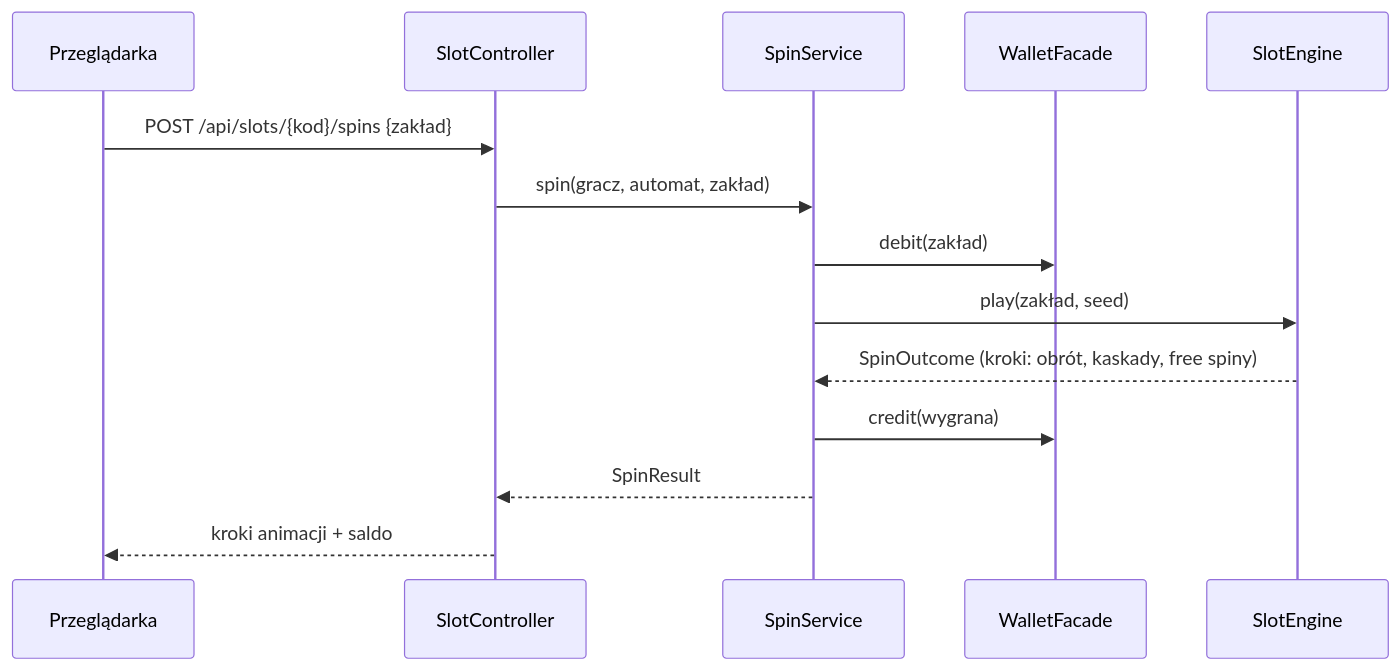
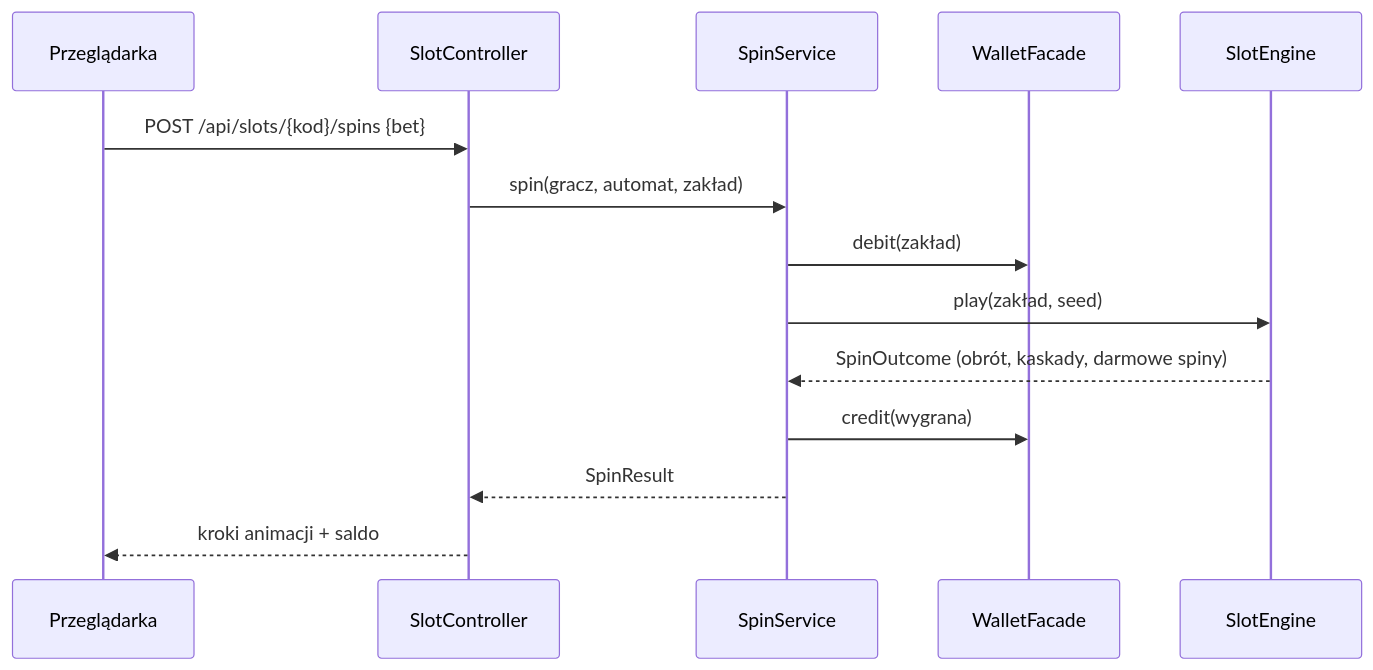
One commit to CasinoPlayer/Symulator-Kasyna changed the fourth of 4 diagrams in docs/plan-projektu.md. Above: the diagram before and after it, drawn with Mermaid. The commit also changed other lines of this file and 1 other file, not shown here.

````diff
--- a/docs/plan-projektu.md
+++ b/docs/plan-projektu.md
@@ -149,16 +178,16 @@
 ```mermaid
 sequenceDiagram
   participant B as Przeglądarka
   participant C as SlotController
   participant S as SpinService
   participant W as WalletFacade
   participant E as SlotEngine
-  B->>C: POST /api/slots/{kod}/spins {zakład}
+  B->>C: POST /api/slots/{kod}/spins {bet}
   C->>S: spin(gracz, automat, zakład)
   S->>W: debit(zakład)
   S->>E: play(zakład, seed)
-  E-->>S: SpinOutcome (kroki: obrót, kaskady, free spiny)
+  E-->>S: SpinOutcome (obrót, kaskady, darmowe spiny)
   S->>W: credit(wygrana)
   S-->>C: SpinResult
   C-->>B: kroki animacji + saldo
 ```
````
